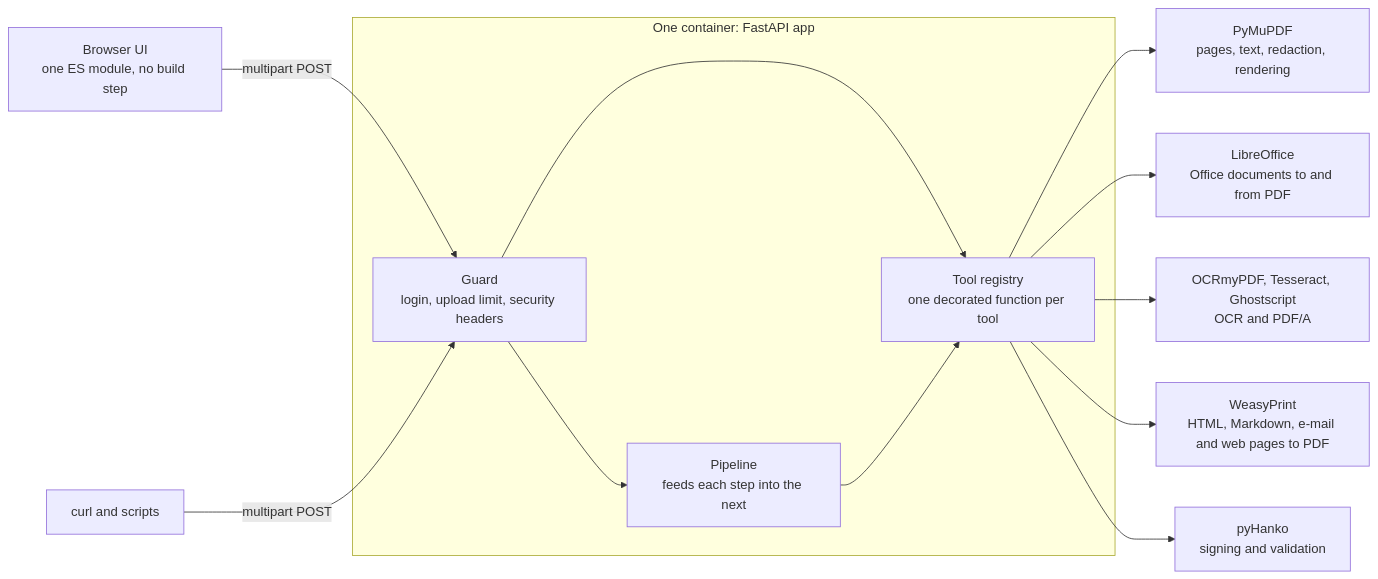
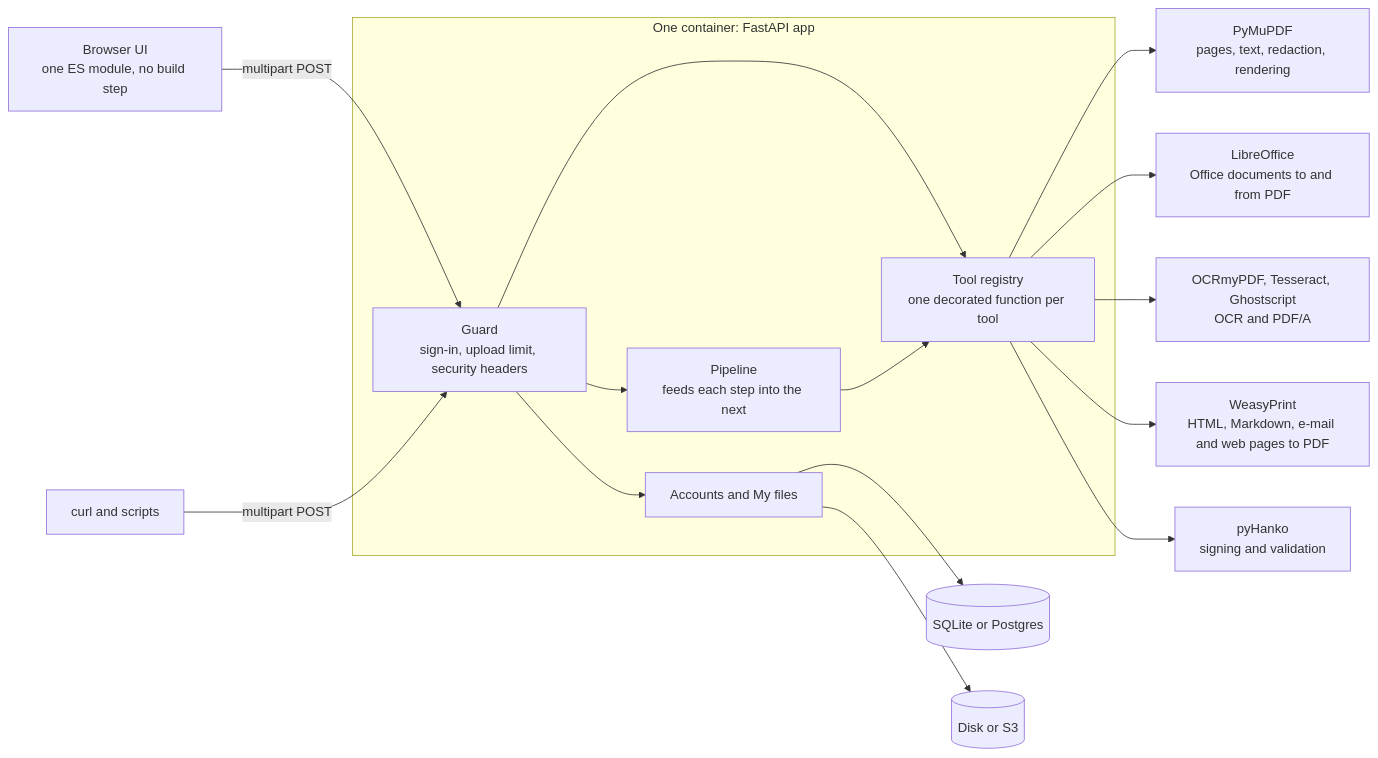
One commit to kiansaeidnia/pdfeditor changed the diagram in README.md. Above: the diagram before and after it, drawn with Mermaid. The commit also changed other lines of this file and 15 other files, not shown here.

````diff
--- a/README.md
+++ b/README.md
@@ -302,15 +329,18 @@
 ```mermaid
 flowchart LR
     B["Browser UI<br>one ES module, no build step"] -->|multipart POST| G
     C["curl and scripts"] -->|multipart POST| G
     subgraph APP["One container: FastAPI app"]
-        G["Guard<br>login, upload limit, security headers"] --> T["Tool registry<br>one decorated function per tool"]
+        G["Guard<br>sign-in, upload limit, security headers"] --> T["Tool registry<br>one decorated function per tool"]
         G --> P["Pipeline<br>feeds each step into the next"]
         P --> T
+        G --> A["Accounts and My files"]
     end
+    A --> D[("SQLite or Postgres")]
+    A --> F[("Disk or S3")]
     T --> M["PyMuPDF<br>pages, text, redaction, rendering"]
     T --> L["LibreOffice<br>Office documents to and from PDF"]
     T --> O["OCRmyPDF, Tesseract, Ghostscript<br>OCR and PDF/A"]
     T --> W["WeasyPrint<br>HTML, Markdown, e-mail and web pages to PDF"]
     T --> H["pyHanko<br>signing and validation"]
 ```
````
